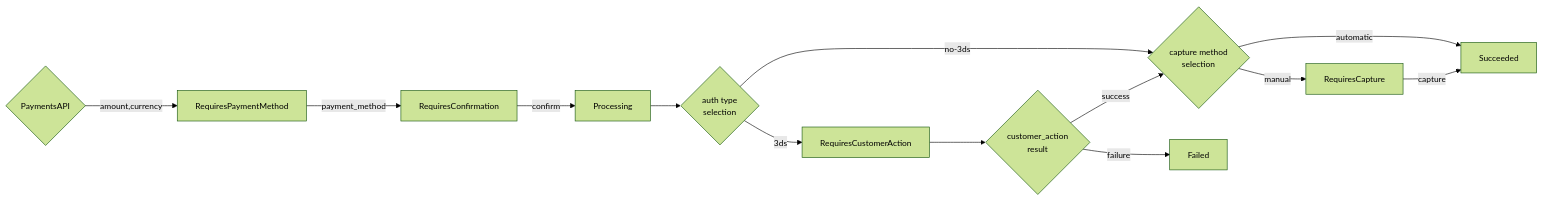
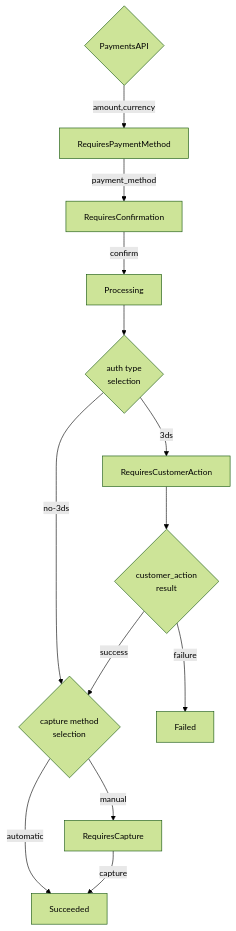
One commit to juspay/hyperswitch-docs changed the first of 2 diagrams in learn-how-hyperswitch-works/payment-flows (1).md. Above: the diagram before and after it, drawn with Mermaid.

Commit message:
GITBOOK-345: No subject

````diff
--- a/learn-how-hyperswitch-works/payment-flows (1).md
+++ b/learn-how-hyperswitch-works/payment-flows (1).md
@@ -56,29 +56,29 @@
 ```mermaid
 %%{
   init: {
     'theme': 'forest',
     'themeVariables': {
       'fontSize': '14px',
       'background': '#17202A'
 }
   }
 }%%
 
-flowchart LR
+flowchart TD
 
 A{PaymentsAPI} --> |amount,currency|RequiresPaymentMethod
     RequiresPaymentMethod -->|payment_method| RequiresConfirmation
     RequiresConfirmation --> |confirm| Processing
     Processing --> AuthType{auth type\nselection}
     AuthType --> |3ds| RequiresCustomerAction
     AuthType --> |no-3ds| CaptureMethod{capture method\nselection}
 
     CaptureMethod --> |manual| RequiresCapture
     CaptureMethod --> |automatic| Succeeded
     RequiresCustomerAction --> CustomerAction{customer_action\nresult}
     CustomerAction -->|success| CaptureMethod
     CustomerAction -->|failure| Failed
 
     RequiresCapture --> |capture|Succeeded
  
 ```
````
